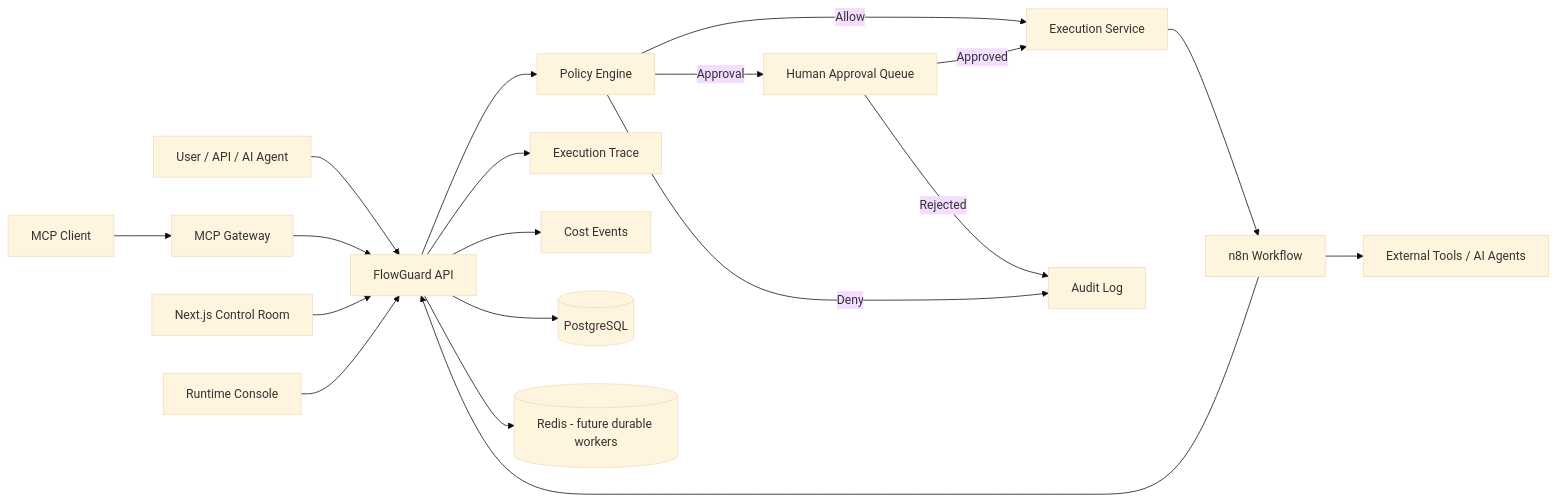
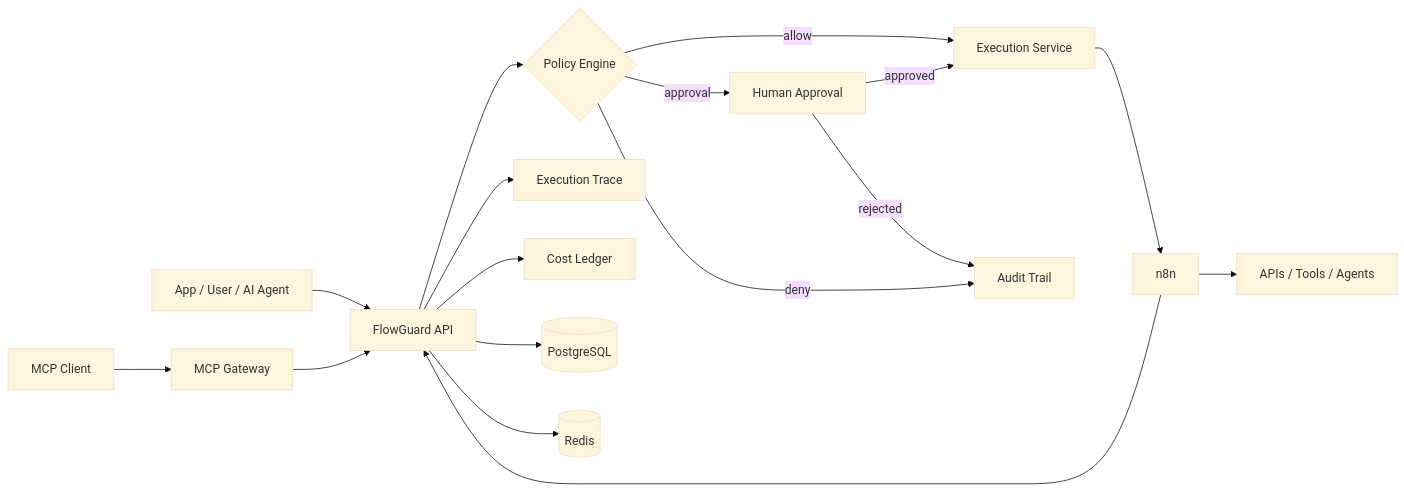
One commit to ahmed2qaid/agentic-automation-control-plane changed the diagram in README.md. Above: the diagram before and after it, drawn with Mermaid (base theme). The commit also changed other lines of this file, not shown here.

Commit message:
Polish FlowGuard GitHub showcase

````diff
--- a/README.md
+++ b/README.md
@@ -64,21 +68,22 @@
 ```mermaid
 flowchart LR
-    U[User / API / AI Agent] --> C[FlowGuard API]
-    M[MCP Client] --> G[MCP Gateway]
-    G --> C
-    C --> P[Policy Engine]
-    P -->|Allow| E[Execution Service]
-    P -->|Approval| H[Human Approval Queue]
-    P -->|Deny| A[Audit Log]
-    H -->|Approved| E
-    H -->|Rejected| A
-    E --> N[n8n Workflow]
-    N --> T[External Tools / AI Agents]
-    N --> C
-    C --> X[Execution Trace]
-    C --> K[Cost Events]
-    C --> DB[(PostgreSQL)]
-    C --> R[(Redis - future durable workers)]
-    D[Next.js Control Room] --> C
-    O[Runtime Console] --> C
+    Caller[App / User / AI Agent] --> API[FlowGuard API]
+    MCP[MCP Client] --> Gateway[MCP Gateway]
+    Gateway --> API
+
+    API --> Policy{Policy Engine}
+    Policy -->|allow| Execute[Execution Service]
+    Policy -->|approval| Human[Human Approval]
+    Policy -->|deny| Audit[Audit Trail]
+    Human -->|approved| Execute
+    Human -->|rejected| Audit
+
+    Execute --> N8N[n8n]
+    N8N --> Tools[APIs / Tools / Agents]
+    N8N --> API
+
+    API --> Trace[Execution Trace]
+    API --> Cost[Cost Ledger]
+    API --> DB[(PostgreSQL)]
+    API --> Redis[(Redis)]
 ```
````
